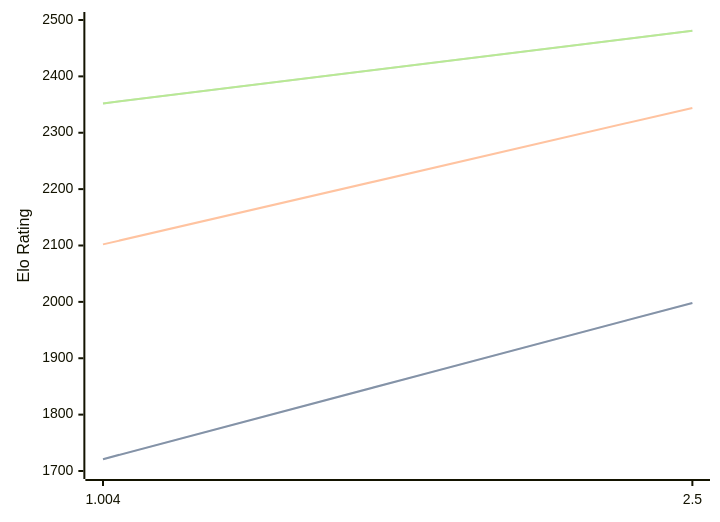
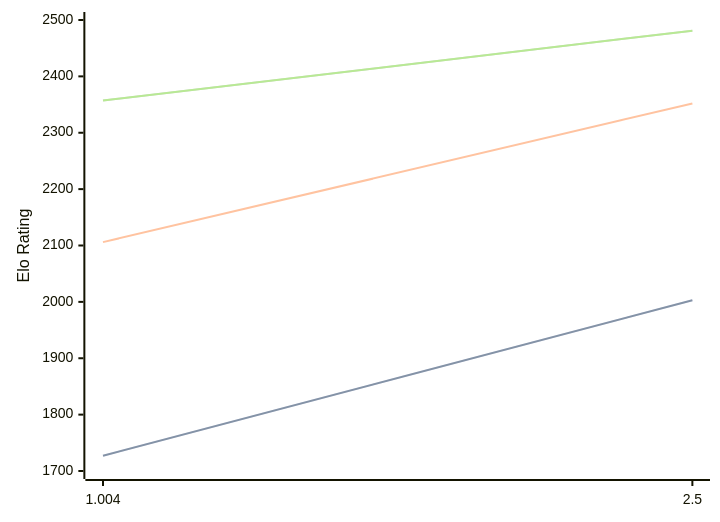
The diagram in engines/Ares.md (computer-chess-index/cci), drawn with Mermaid before and after one commit. The commit also changed other lines of this file, not shown here.

Commit message:
Update CCI Ratings (ELO VLTC) - 2026-04-14

````diff
--- a/engines/Ares.md
+++ b/engines/Ares.md
@@ -32,11 +32,11 @@
 ```mermaid
 %%{init: {"theme":"base","themeVariables":{"seriesColors:['#a3a3a3','#222221','#faa371']}}}%%
 xychart-beta
   x-axis ["1.004", "2.5"]
   y-axis "Elo Rating" 1700 --> 2500
-  line "STC (8.0+0.08s)" [1721, 1998]
-  line "STC (8.0+0.08s)" [1721, 1998]
-  line "LTC (60.0+0.60s)" [2102, 2344]
-  line "VLTC (2m24s+1.12s)" [2352, 2481]
-  line "VLTC (2m24s+1.12s)" [2352, 2481]
+  line "STC (8.0+0.08s)" [1727, 2003]
+  line "STC (8.0+0.08s)" [1727, 2003]
+  line "LTC (60.0+0.60s)" [2106, 2352]
+  line "VLTC (2m24s+1.12s)" [2357, 2481]
+  line "VLTC (2m24s+1.12s)" [2357, 2481]
 ```
````
